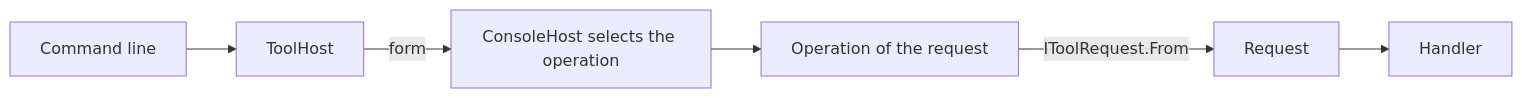
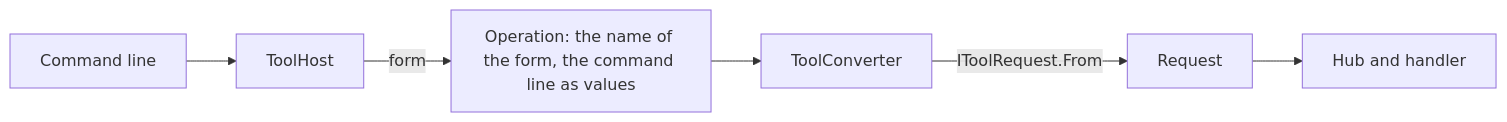
Before and after one commit to MgCohen/vsa-template: the diagram in docs/scaffolding.md, drawn with Mermaid. The commit also changed other lines of this file and 41 other files, not shown here.

First line of the commit message:
Make Operation the message of a host, with one converter of the kernel

````diff
--- a/docs/scaffolding.md
+++ b/docs/scaffolding.md
@@ -52,8 +52,8 @@
 ```mermaid
 flowchart LR
     A[Command line] --> H[ToolHost]
-    H -->|form| C[ConsoleHost selects the operation]
-    C --> O[Operation of the request]
-    O -->|IToolRequest.From| R[Request]
-    R --> X[Handler]
+    H -->|form| O[Operation: the name of the form, the command line as values]
+    O --> T[ToolConverter]
+    T -->|IToolRequest.From| R[Request]
+    R --> X[Hub and handler]
 ```
````
